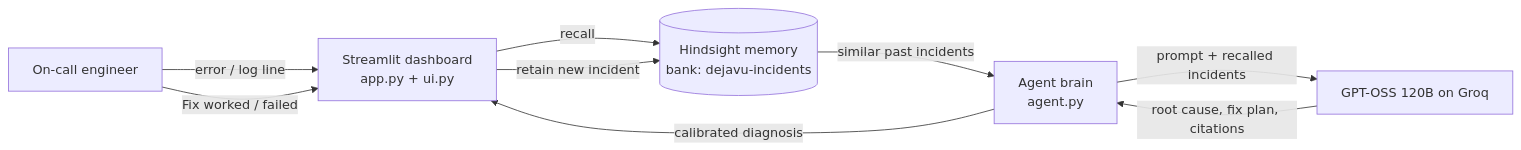
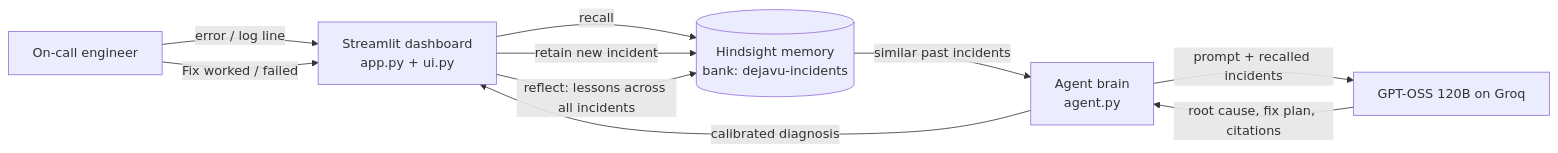
The diagram in README.md (Pratheeksh-7S/dejavu-incident-agent), drawn with Mermaid before and after one commit. The commit also changed other lines of this file, not shown here.

Commit message:
add path to adoption and reflect to readme

````diff
--- a/README.md
+++ b/README.md
@@ -59,11 +60,12 @@
 ```mermaid
 flowchart LR
     U[On-call engineer] -->|error / log line| UI[Streamlit dashboard<br/>app.py + ui.py]
     UI -->|recall| H[(Hindsight memory<br/>bank: dejavu-incidents)]
     H -->|similar past incidents| A[Agent brain<br/>agent.py]
     A -->|prompt + recalled incidents| G[GPT-OSS 120B on Groq]
     G -->|root cause, fix plan, citations| A
     A -->|calibrated diagnosis| UI
     U -->|Fix worked / failed| UI
     UI -->|retain new incident| H
+    UI -->|reflect: lessons across all incidents| H
 ```
````
